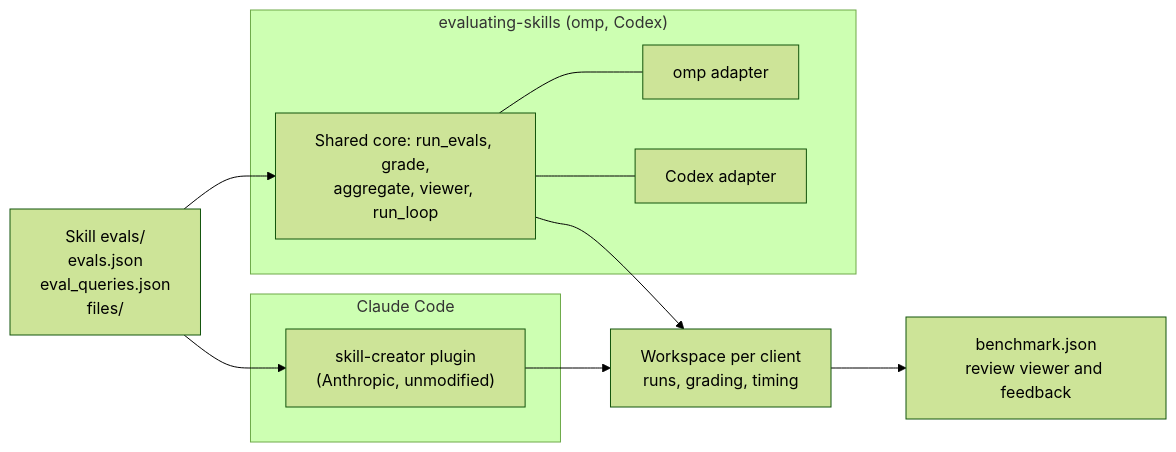
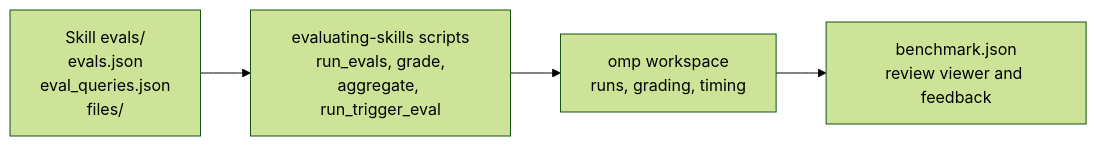
Before and after one commit to sonsu-lee/sonsu-marketplace: the diagram in README.md, drawn with Mermaid (forest theme). The commit also changed other lines of this file and 8 other files, not shown here.

First line of the commit message:
feat(skill-workflow): evaluate skills in omp at the guides' scale (#66)

````diff
--- a/README.md
+++ b/README.md
@@ -837,21 +837,8 @@
 ```mermaid
 flowchart LR
   F["Skill evals/<br/>evals.json<br/>eval_queries.json<br/>files/"]
-  subgraph claude["Claude Code"]
-    SC["skill-creator plugin<br/>(Anthropic, unmodified)"]
-  end
-  subgraph core["evaluating-skills (omp, Codex)"]
-    C["Shared core: run_evals, grade,<br/>aggregate, viewer, run_loop"]
-    O["omp adapter"]
-    X["Codex adapter"]
-    C --- O
-    C --- X
-  end
-  W["Workspace per client<br/>runs, grading, timing"]
+  C["evaluating-skills scripts<br/>run_evals, grade,<br/>aggregate, run_trigger_eval"]
+  W["omp workspace<br/>runs, grading, timing"]
   V["benchmark.json<br/>review viewer and feedback"]
-  F --> SC
-  F --> C
-  SC --> W
-  C --> W
-  W --> V
+  F --> C --> W --> V
 ```
````
